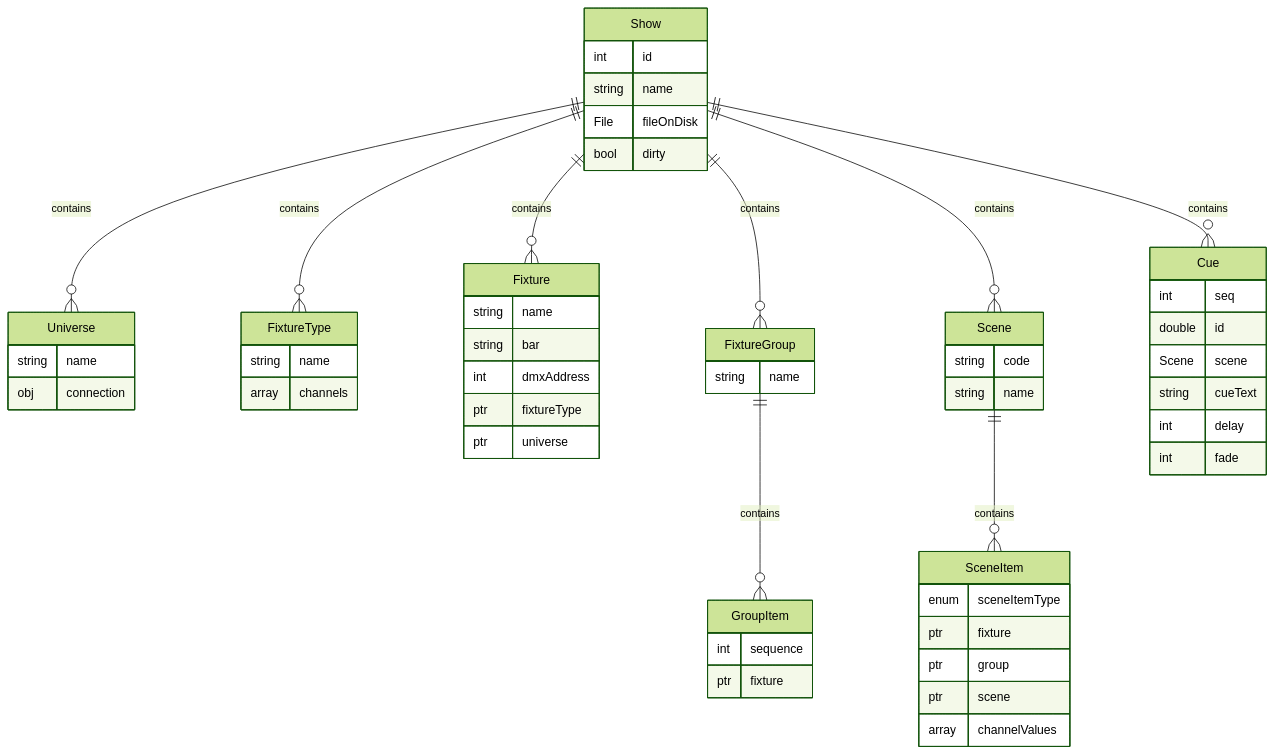
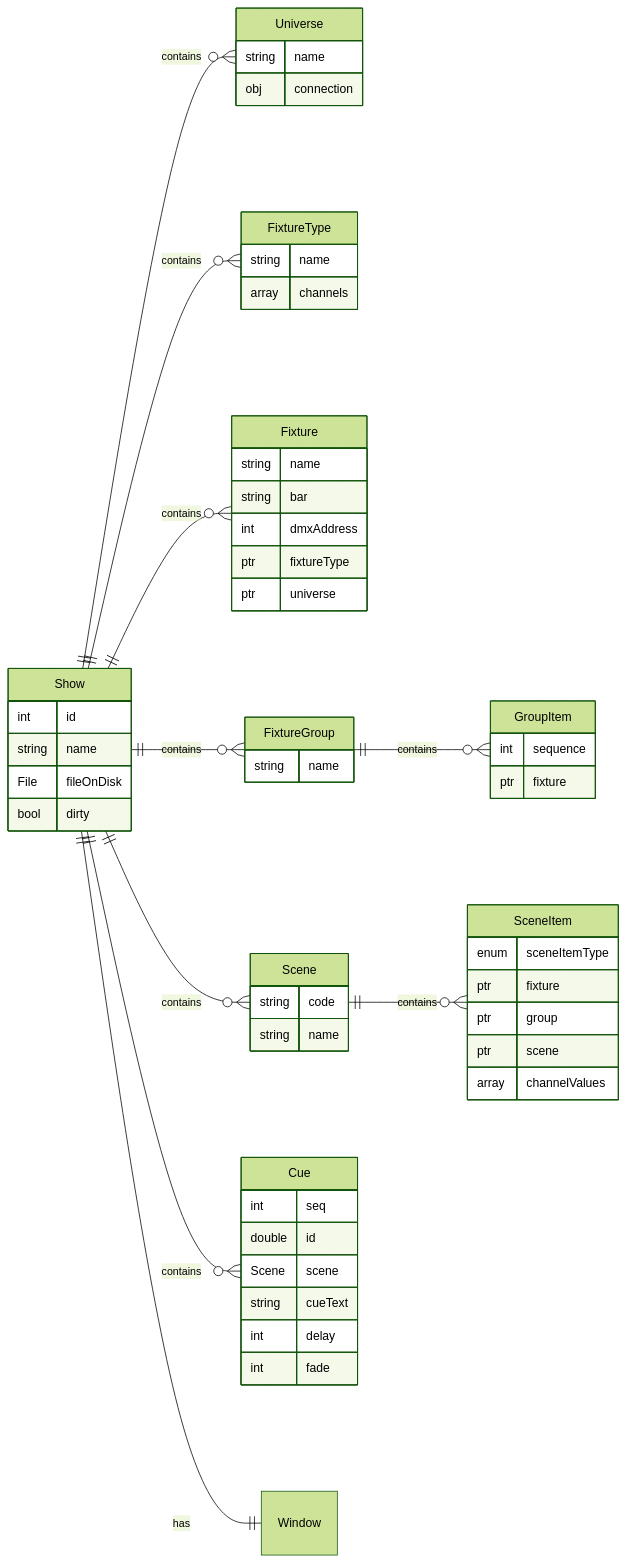
Before and after one commit to BrendanTWhite/Footlight: the diagram in docs/ownership.md, drawn with Mermaid (forest theme). The commit also changed 4 other files, not shown here.

````diff
--- a/docs/ownership.md
+++ b/docs/ownership.md
@@ -5,65 +5,68 @@
 ```mermaid
 erDiagram
+    direction LR
 
 Show {
     int id
     string name
     File fileOnDisk
     bool dirty
 }
 
 Show ||--o{ Universe : contains
 Universe {
     string name
     obj connection
 }
 
 Show ||--o{ FixtureType : contains
 FixtureType {
     string name
     array channels
 }
 
 Show ||--o{ Fixture : contains
 Fixture {
     string name
     string bar
     int dmxAddress
     ptr fixtureType
     ptr universe
 }
 
 Show ||--o{ FixtureGroup : contains
 FixtureGroup {
     string name
 }
 FixtureGroup ||--o{ GroupItem : contains
 GroupItem {
     int sequence
     ptr fixture
 }
 
 Show ||--o{ Scene : contains
 Scene {
     string code
     string name
 }
 Scene ||--o{ SceneItem : "contains"
 SceneItem {
     enum sceneItemType
     ptr fixture
     ptr group
     ptr scene
     array channelValues
 }
 
 Show ||--o{ Cue : contains
 Cue {
     int seq
     double id
     Scene scene
     string cueText
     int delay
     int fade
 }
+
+Show ||--|| Window : has
 ```
````
